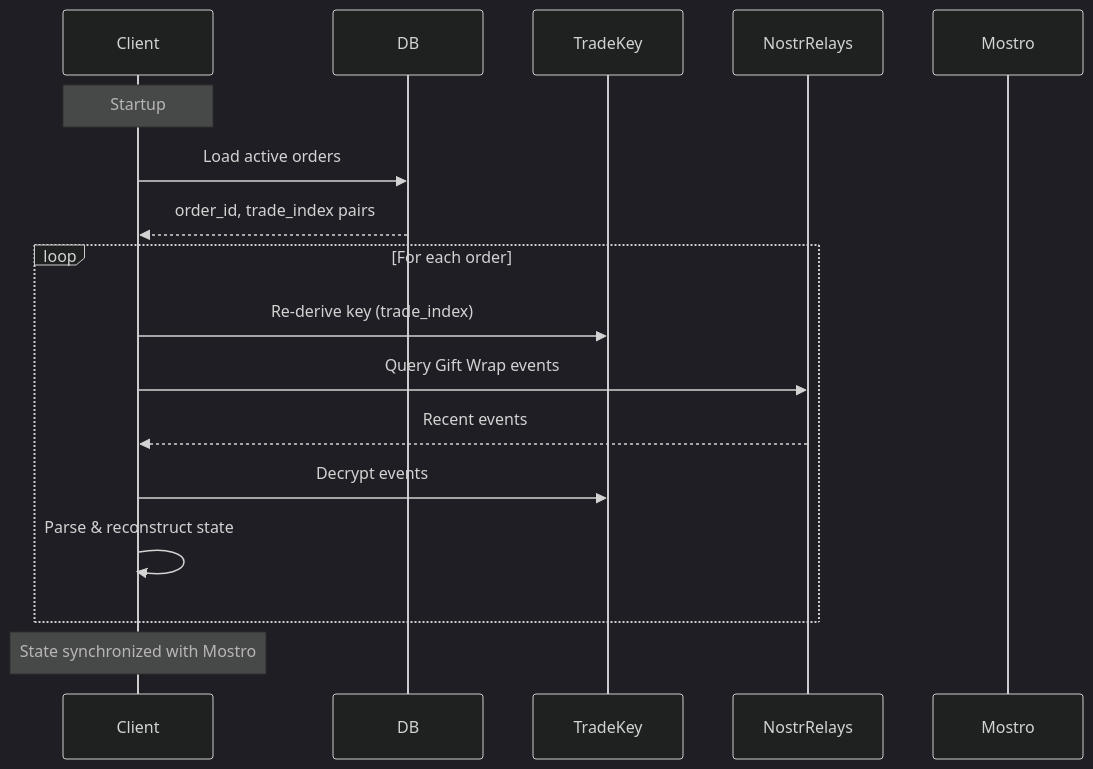
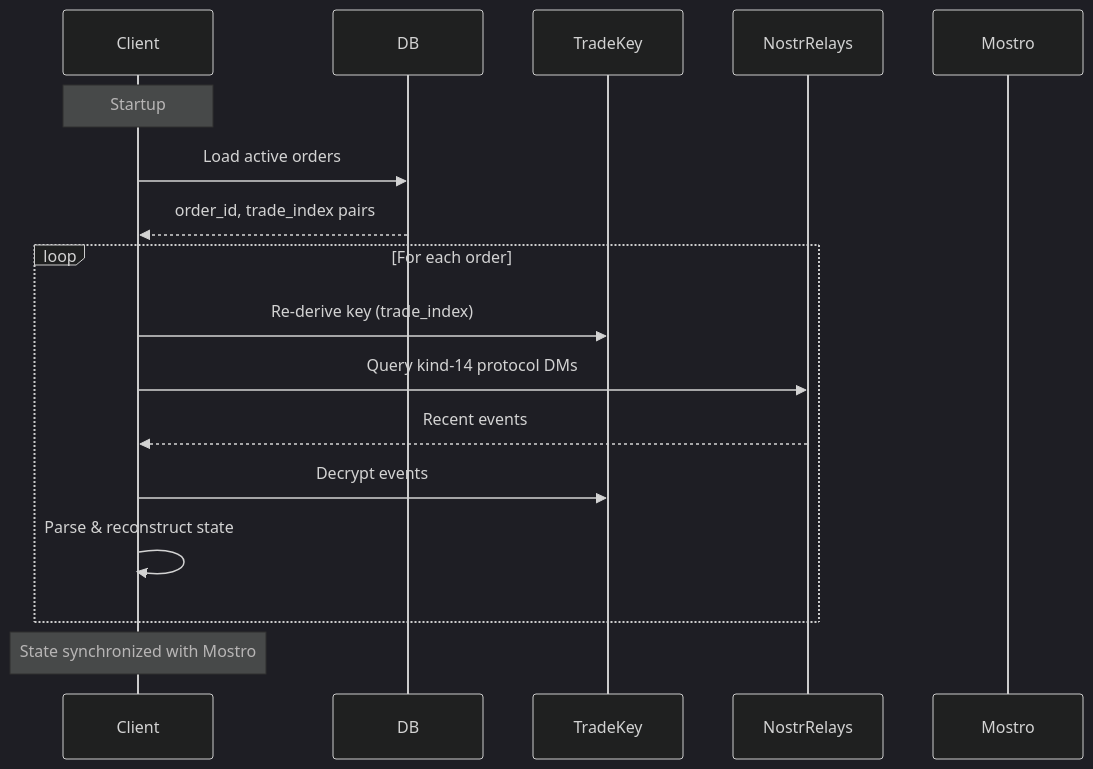
Before and after one commit to MostroP2P/mostrix: the seventh of 7 diagrams in docs/MESSAGE_FLOW_AND_PROTOCOL.md, drawn with Mermaid (dark theme). The commit also changed other lines of this file and 5 other files, not shown here.

````diff
--- a/docs/MESSAGE_FLOW_AND_PROTOCOL.md
+++ b/docs/MESSAGE_FLOW_AND_PROTOCOL.md
@@ -690,20 +668,20 @@
 ```mermaid
 sequenceDiagram
     participant Client
     participant DB
     participant TradeKey
     participant NostrRelays
     participant Mostro
 
     Note over Client: Startup
     Client->>DB: Load active orders
     DB-->>Client: order_id, trade_index pairs
     loop For each order
         Client->>TradeKey: Re-derive key (trade_index)
-        Client->>NostrRelays: Query Gift Wrap events
+        Client->>NostrRelays: Query kind-14 protocol DMs
         NostrRelays-->>Client: Recent events
         Client->>TradeKey: Decrypt events
         Client->>Client: Parse & reconstruct state
     end
     Note over Client: State synchronized with Mostro
 ```
````
